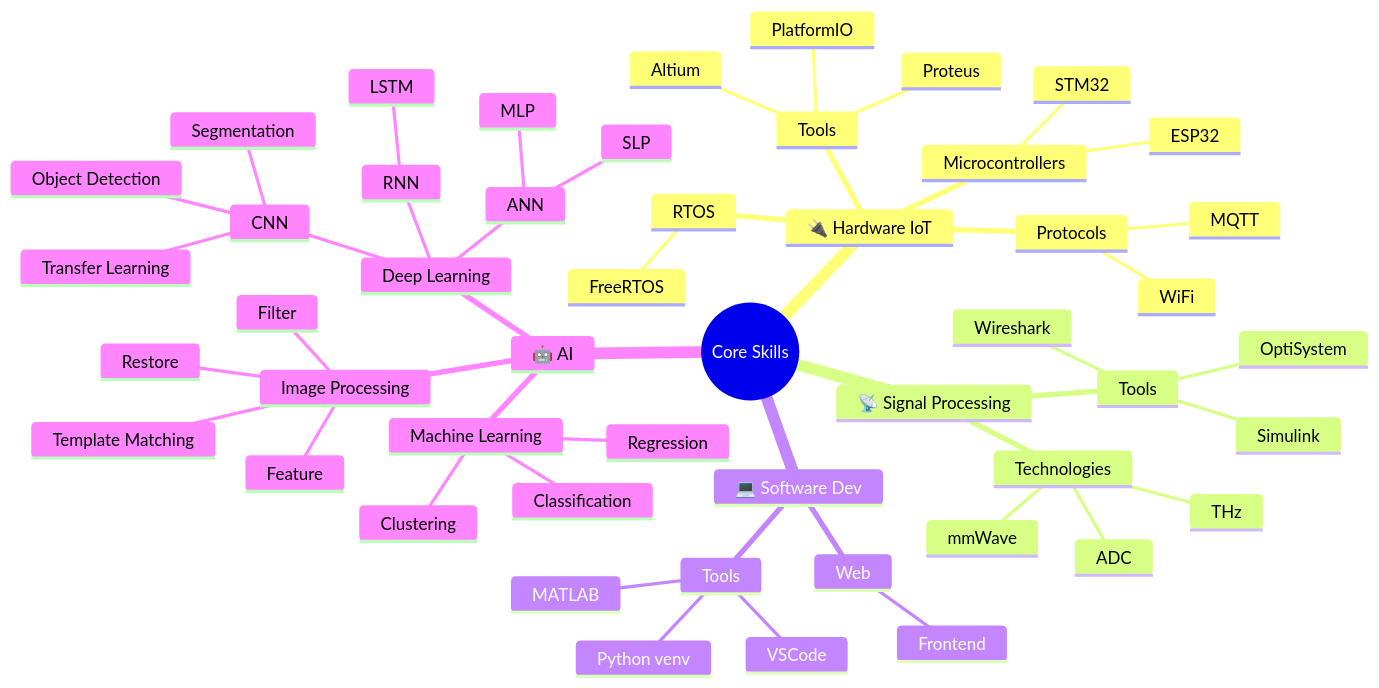
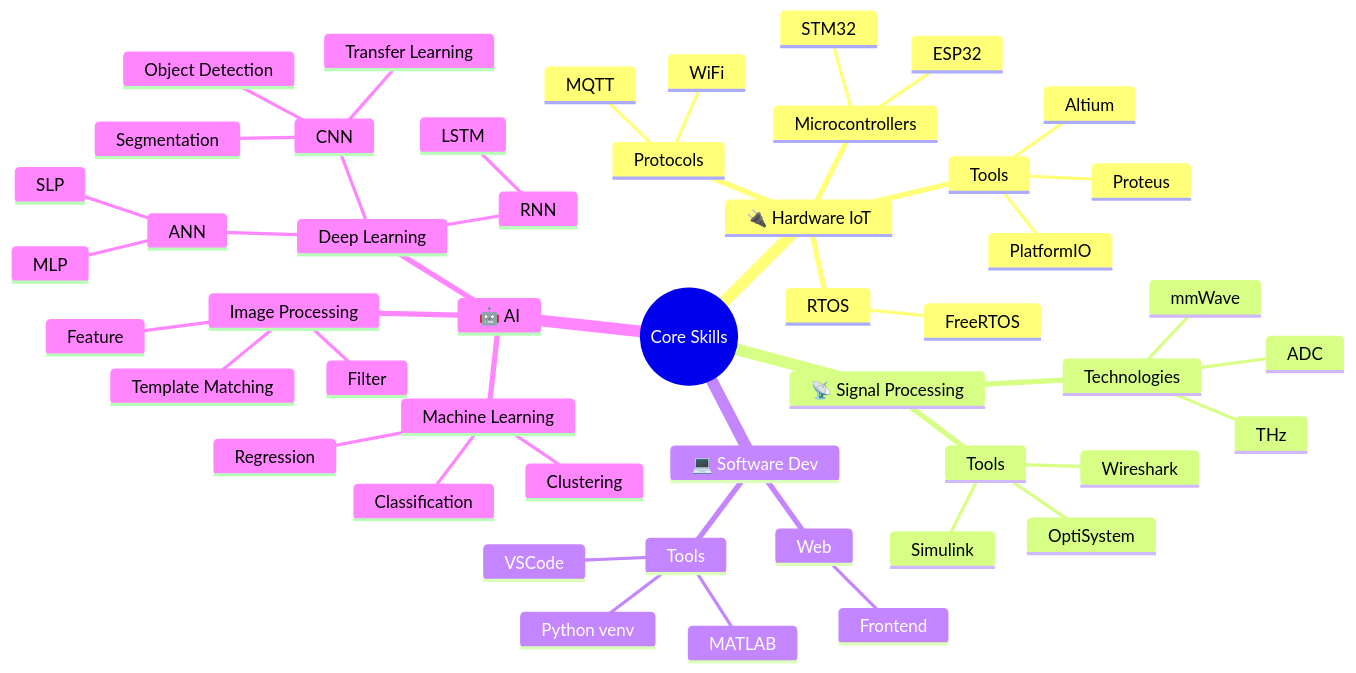
One commit to bathanh0309/bathanh0309 changed the diagram in README.md. Above: the diagram before and after it, drawn with Mermaid.

````diff
--- a/README.md
+++ b/README.md
@@ -141,53 +141,52 @@
 ```mermaid
 mindmap
   root((Core Skills))
     🔌 Hardware IoT
       Microcontrollers
         ESP32
         STM32
       RTOS
         FreeRTOS
       Protocols
         MQTT
         WiFi
       Tools
         PlatformIO
         Proteus
         Altium
     📡 Signal Processing
       Technologies
         mmWave
         THz
         ADC
       Tools
         Simulink
         OptiSystem
         Wireshark
     💻 Software Dev
       Web
         Frontend
       Tools
         VSCode
         MATLAB
         Python venv
     🤖 AI 
       Machine Learning
         Classification
         Regression
         Clustering
       Deep Learning
         ANN
           SLP
           MLP
         CNN
           Segmentation
           Object Detection
           Transfer Learning
         RNN
           LSTM
       Image Processing
         Feature
         Filter
-        Restore
         Template Matching
 ```
````
